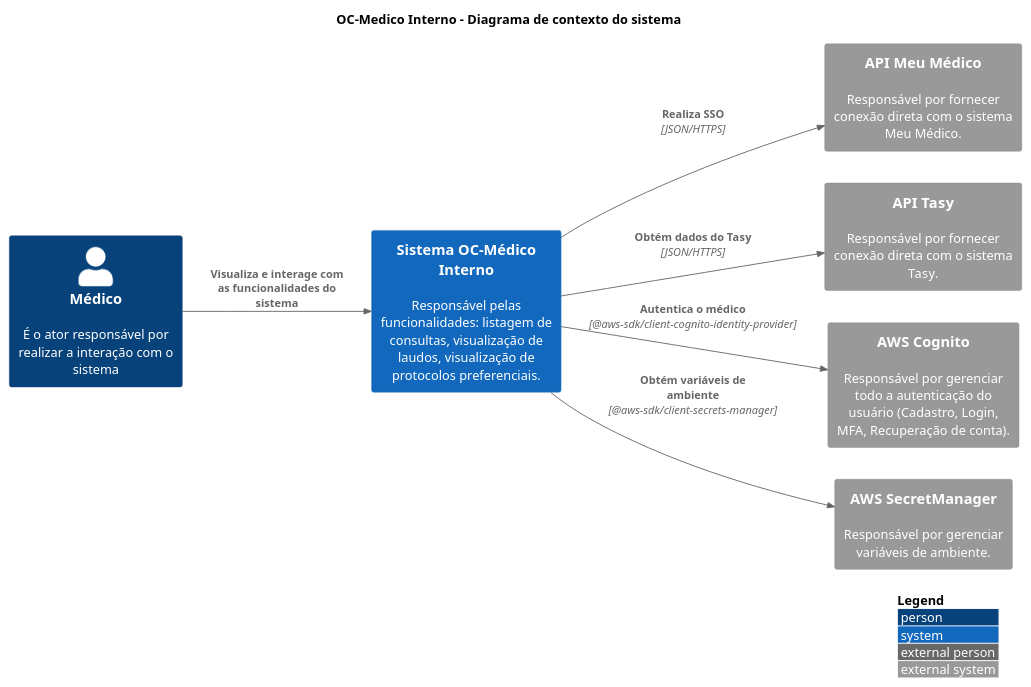
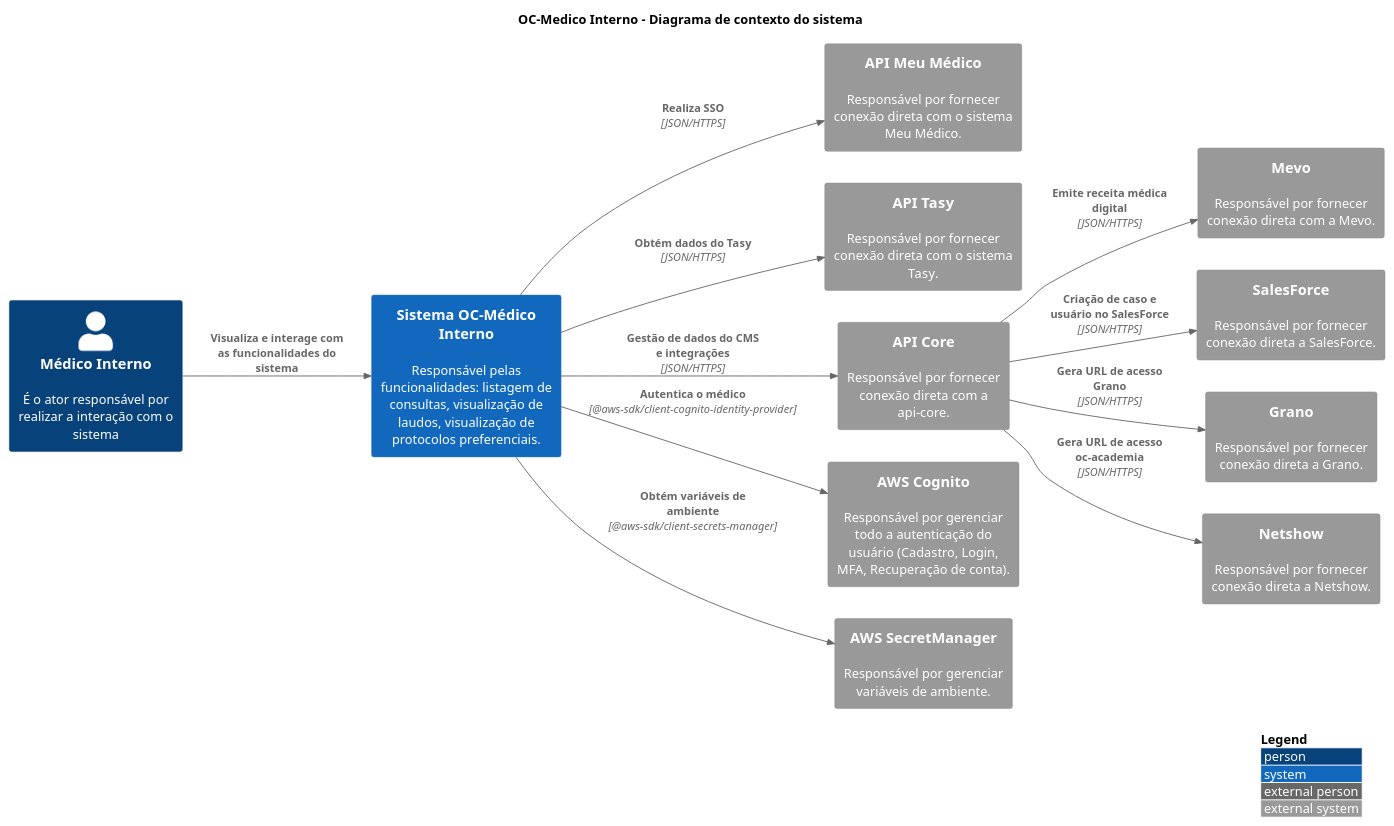
Before and after one commit to luizggbasedigital/poc-oc-docs: the diagram in src/OC-Medico Interno/C1. Visão Geral/context.puml, drawn with PlantUML. The commit also changed 3 other files, not shown here.

Commit message:
docs: generate internal physician documentation

```diff
--- a/src/OC-Medico Interno/C1. Visão Geral/context.puml
+++ b/src/OC-Medico Interno/C1. Visão Geral/context.puml
@@ -1,31 +1,47 @@
 @startuml "Context Diagram"
 
 title "OC-Medico Interno - Diagrama de contexto do sistema"
 
 !include https://raw.githubusercontent.com/adrianvlupu/C4-PlantUML/latest/C4_Context.puml
 
 LAYOUT_WITH_LEGEND()
 LAYOUT_LEFT_RIGHT()
 
 skinparam backgroundcolor transparent
 
 /'Actors'/
-Person(ActorPhysician, "Médico", "É o ator responsável por realizar a interação com o sistema")
+Person(ActorInternalPhysician, "Médico Interno", "É o ator responsável por realizar a interação com o sistema")
 
 /'Internal Systems'/
 System(SystemOCInternalPhysician, "Sistema OC-Médico Interno", "Responsável pelas funcionalidades: listagem de consultas, visualização de laudos, visualização de protocolos preferenciais.")
 
 /'External Systems'/
 System_Ext(SystemMyPhysicianApi, "API Meu Médico", "Responsável por fornecer conexão direta com o sistema Meu Médico.")
 System_Ext(SystemTasyApi, "API Tasy", "Responsável por fornecer conexão direta com o sistema Tasy.")
+
+/'API-Core Systems'/
+System_Ext(SystemApiCore, "API Core", "Responsável por fornecer conexão direta com a api-core.")
+System_Ext(SystemMevo, "Mevo", "Responsável por fornecer conexão direta com a Mevo.")
+System_Ext(SystemSalesForce, "SalesForce", "Responsável por fornecer conexão direta a SalesForce.")
+System_Ext(SystemGrano, "Grano", "Responsável por fornecer conexão direta a Grano.")
+System_Ext(SystemNetshow, "Netshow", "Responsável por fornecer conexão direta a Netshow.")
+
+/'AWS Systems'/
 System_Ext(SystemAWSCognito, "AWS Cognito", "Responsável por gerenciar todo a autenticação do usuário (Cadastro, Login, MFA, Recuperação de conta).")
 System_Ext(SystemAWSSecretManager, "AWS SecretManager", "Responsável por gerenciar variáveis de ambiente.")
 
 /'Relations'/
-Rel(ActorPhysician, SystemOCInternalPhysician, "Visualiza e interage com as funcionalidades do sistema")
+Rel(ActorInternalPhysician, SystemOCInternalPhysician, "Visualiza e interage com as funcionalidades do sistema")
 Rel(SystemOCInternalPhysician, SystemAWSCognito, "Autentica o médico", "@aws-sdk/client-cognito-identity-provider")
 Rel(SystemOCInternalPhysician, SystemAWSSecretManager, "Obtém variáveis de ambiente", "@aws-sdk/client-secrets-manager")
 Rel(SystemOCInternalPhysician, SystemMyPhysicianApi, "Realiza SSO", "JSON/HTTPS")
 Rel(SystemOCInternalPhysician, SystemTasyApi, "Obtém dados do Tasy", "JSON/HTTPS")
 
+/'API-Core Integrations'/
+Rel(SystemOCInternalPhysician, SystemApiCore, "Gestão de dados do CMS e integrações", "JSON/HTTPS")
+Rel(SystemApiCore, SystemMevo, "Emite receita médica digital", "JSON/HTTPS")
+Rel(SystemApiCore, SystemSalesForce, "Criação de caso e usuário no SalesForce", "JSON/HTTPS")
+Rel(SystemApiCore, SystemGrano, "Gera URL de acesso Grano", "JSON/HTTPS")
+Rel(SystemApiCore, SystemNetshow, "Gera URL de acesso oc-academia", "JSON/HTTPS")
+
 @enduml
```
